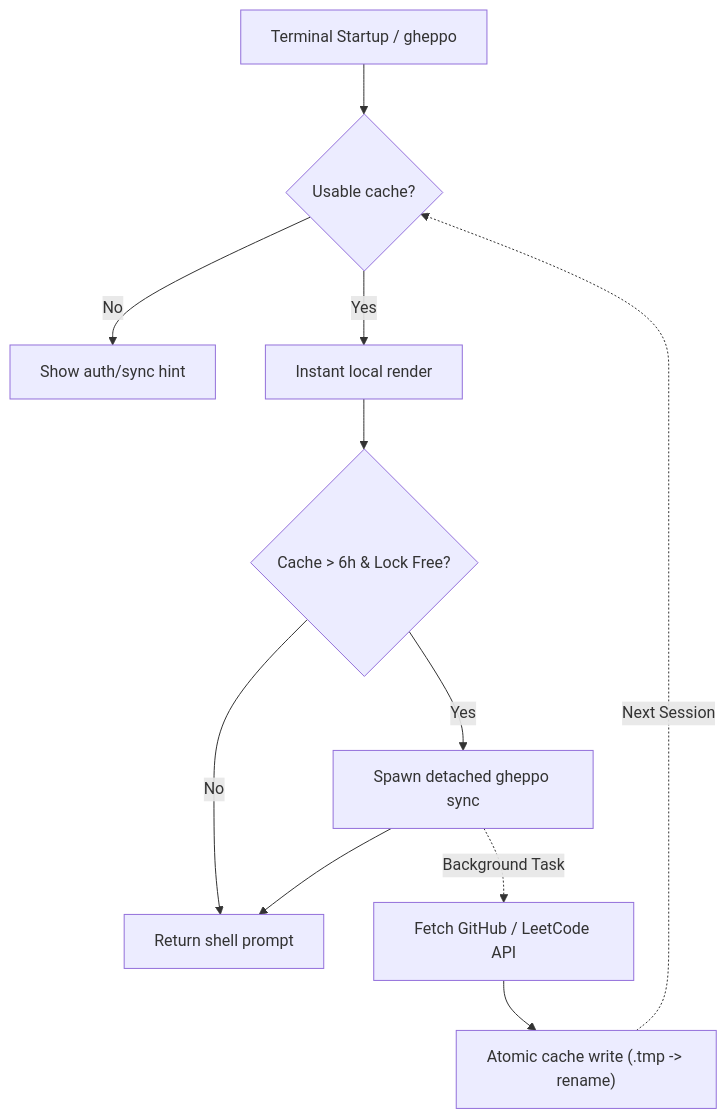
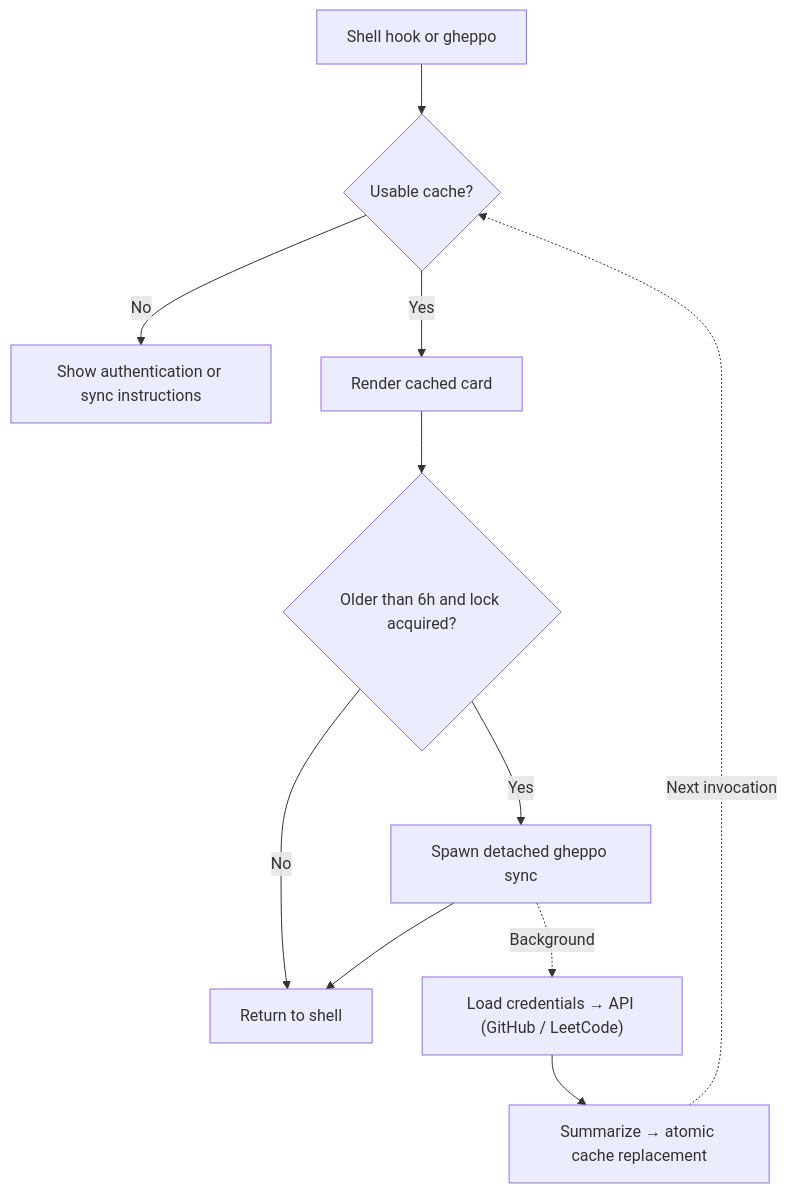
The diagram in README.md (dexisback/gheppo), drawn with Mermaid before and after one commit. The commit also changed other lines of this file, not shown here.

````diff
--- a/README.md
+++ b/README.md
@@ -198,13 +29,13 @@
 ```mermaid
 flowchart TD
-    CLI["Terminal Startup / gheppo"] --> Cache{"Usable cache?"}
-    Cache -- No --> Setup["Show auth/sync hint"]
-    Cache -- Yes --> Render["Instant local render"]
-    Render --> Gate{"Cache > 6h & Lock Free?"}
-    Gate -- No --> Exit["Return shell prompt"]
+    CLI["Shell hook or gheppo"] --> Cache{"Usable cache?"}
+    Cache -- No --> Setup["Show authentication or sync instructions"]
+    Cache -- Yes --> Render["Render cached card"]
+    Render --> Gate{"Older than 6h and lock acquired?"}
+    Gate -- No --> Exit["Return to shell"]
     Gate -- Yes --> Spawn["Spawn detached gheppo sync"]
     Spawn --> Exit
-    Spawn -. Background Task .-> Fetch["Fetch GitHub / LeetCode API"]
-    Fetch --> Save["Atomic cache write (.tmp -> rename)"]
-    Save -. Next Session .-> Cache
+    Spawn -. Background .-> Fetch["Load credentials → API (GitHub / LeetCode)"]
+    Fetch --> Save["Summarize → atomic cache replacement"]
+    Save -. "Next invocation" .-> Cache
 ```
````
